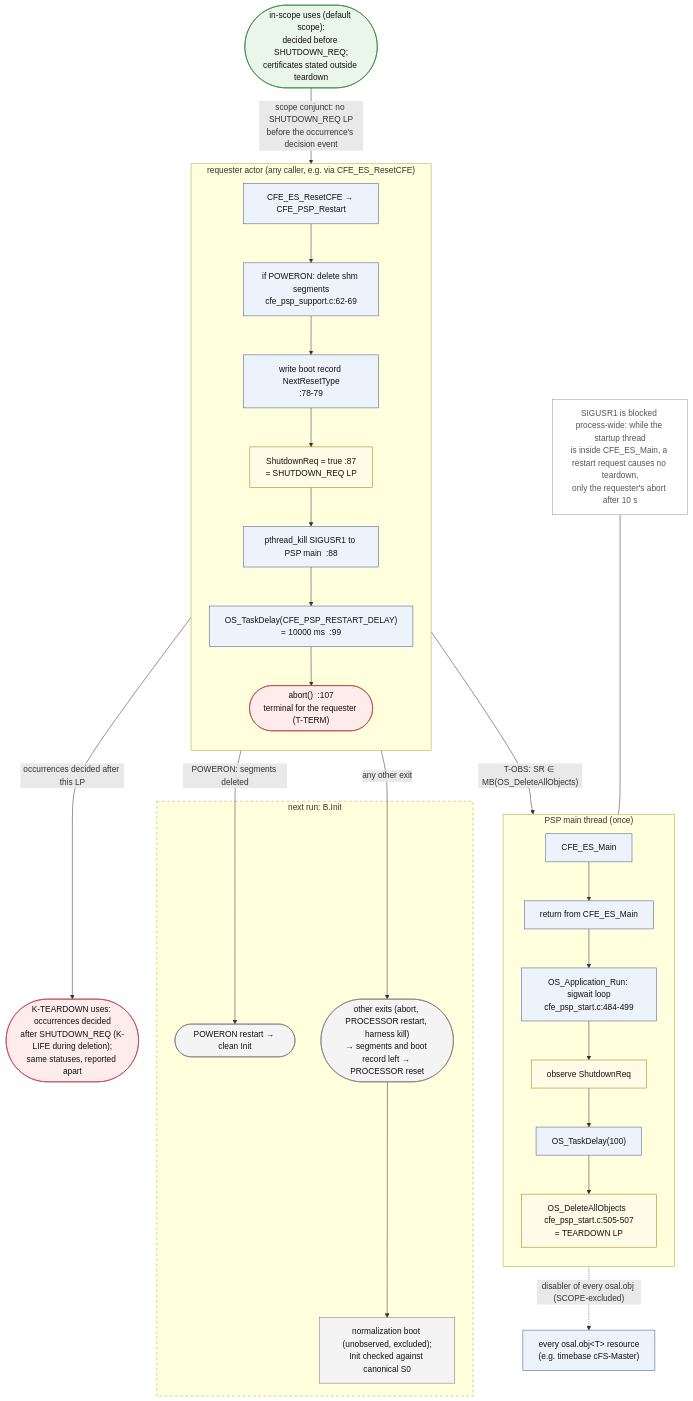
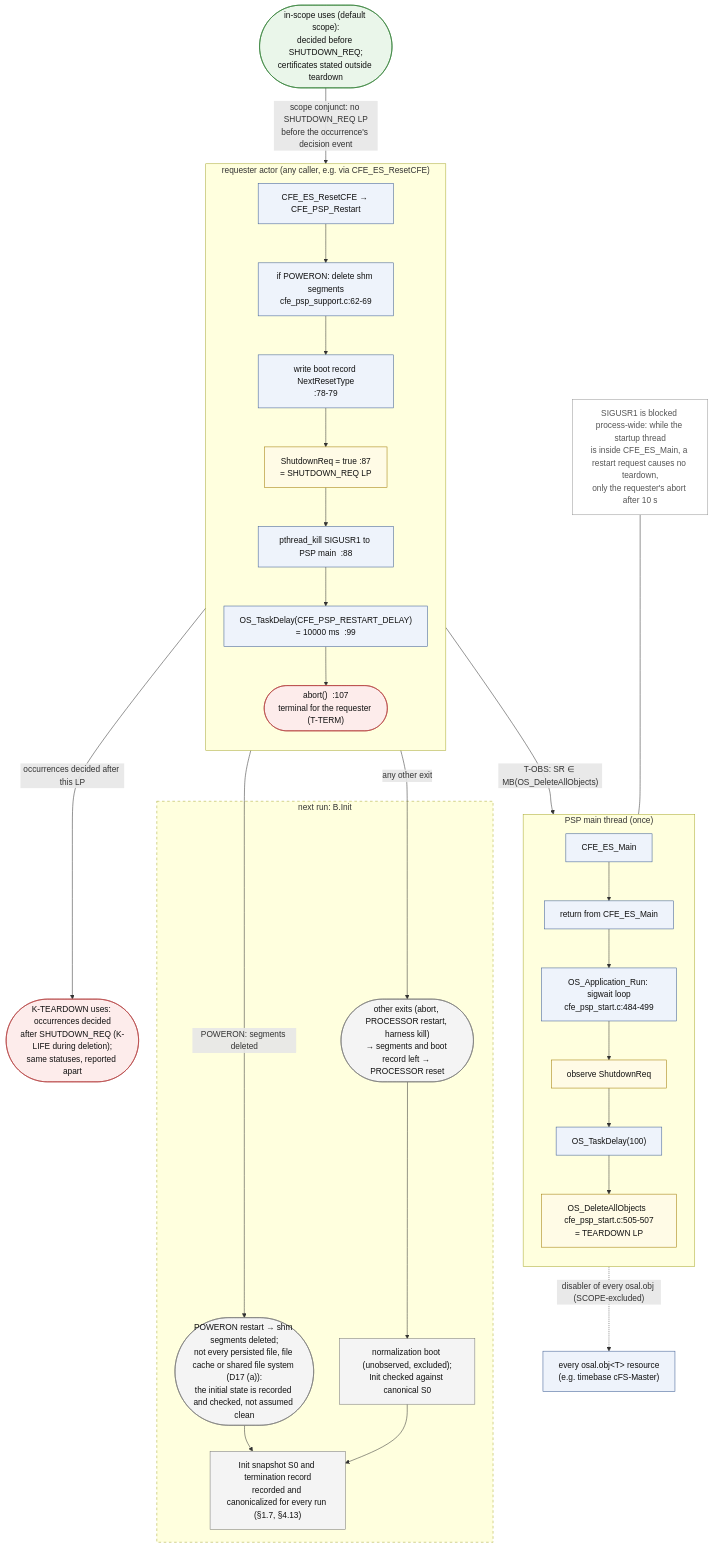
Before and after one commit to wookjaeya/Shape-Perf: the diagram in research/cfs_procrace/Architecture/diagrams/D9_teardown_scoping.mmd, drawn with Mermaid. The commit also changed 41 other files, not shown here.

First line of the commit message:
rev 1.3 diagrams: D0-D4, D6-D9 updated and re-rendered (mermaid-cli 11.17.0); diagrams README at rev 1.3; embedded figure blocks in 01-10 synced with the sources

```diff
--- a/research/cfs_procrace/Architecture/diagrams/D9_teardown_scoping.mmd
+++ b/research/cfs_procrace/Architecture/diagrams/D9_teardown_scoping.mmd
@@ -1,61 +1,64 @@
 flowchart TD
-    %% D9 - teardown scoping on pc-linux. Source: spec §12 D9; §3.5, §1.6 (scope), §4.5 (SCOPE), §4.13, App. A.7.
+    %% D9 - teardown scoping on pc-linux. Source: spec §12 D9 (rev 1.2: D17 (a)); §3.5, §1.6 (scope), §4.5 (SCOPE), §4.13, §6.4 item 49, App. A.7.
     %% Lines are in psp/fsw/pc-linux/src. In this diagram the dashed edge is the spec's "⇢" (disabler relation,
     %% SCOPE-excluded from in-scope certificates); the dashed border marks the next run.
 
     subgraph REQ["requester actor (any caller, e.g. via CFE_ES_ResetCFE)"]
         direction TB
         Q1["CFE_ES_ResetCFE → CFE_PSP_Restart"]
         Q2["if POWERON: delete shm segments<br/>cfe_psp_support.c:62-69"]
         Q3["write boot record NextResetType<br/>:78-79"]
         Q4["ShutdownReq = true  :87<br/>= SHUTDOWN_REQ LP"]
         Q5["pthread_kill SIGUSR1 to PSP main  :88"]
         Q6["OS_TaskDelay(CFE_PSP_RESTART_DELAY)<br/>= 10000 ms  :99"]
         Q7(["abort()  :107<br/>terminal for the requester (T-TERM)"])
         Q1 --> Q2 --> Q3 --> Q4 --> Q5 --> Q6 --> Q7
     end
 
     subgraph MAIN["PSP main thread (once)"]
         direction TB
         M1["CFE_ES_Main"]
         M2["return from CFE_ES_Main"]
         M3["OS_Application_Run: sigwait loop<br/>cfe_psp_start.c:484-499"]
         M4["observe ShutdownReq"]
         M5["OS_TaskDelay(100)"]
         M6["OS_DeleteAllObjects  cfe_psp_start.c:505-507<br/>= TEARDOWN LP"]
         M1 --> M2 --> M3 --> M4 --> M5 --> M6
     end
 
     OBJ["every osal.obj#60;T#62; resource<br/>(e.g. timebase cFS-Master)"]
     INS(["in-scope uses (default scope):<br/>decided before SHUTDOWN_REQ;<br/>certificates stated outside teardown"])
     KTD(["K-TEARDOWN uses: occurrences decided<br/>after SHUTDOWN_REQ (K-LIFE during deletion);<br/>same statuses, reported apart"])
     NOTE["SIGUSR1 is blocked process-wide: while the startup thread<br/>is inside CFE_ES_Main, a restart request causes no teardown,<br/>only the requester's abort after 10 s"]
 
     subgraph NEXT["next run: B.Init"]
-        N1(["POWERON restart → clean Init"])
+        N1(["POWERON restart → shm segments deleted;<br/>not every persisted file, file cache or shared file system (D17 (a)):<br/>the initial state is recorded and checked, not assumed clean"])
         N2(["other exits (abort, PROCESSOR restart, harness kill)<br/>→ segments and boot record left → PROCESSOR reset"])
         N3["normalization boot (unobserved, excluded);<br/>Init checked against canonical S0"]
+        N4["Init snapshot S0 and termination record<br/>recorded and canonicalized for every run (§1.7, §4.13)"]
         N2 --> N3
+        N1 --> N4
+        N3 --> N4
     end
 
     Q4 -->|"T-OBS: SR ∈ MB(OS_DeleteAllObjects)"| M4
     M6 -.->|"disabler of every osal.obj (SCOPE-excluded)"| OBJ
     Q4 -->|"occurrences decided after this LP"| KTD
     INS -->|"scope conjunct: no SHUTDOWN_REQ LP<br/>before the occurrence's decision event"| Q4
     Q2 -->|"POWERON: segments deleted"| N1
     Q7 -->|"any other exit"| N2
     NOTE --- M2
 
     classDef comp fill:#eef3fb,stroke:#3b5b92,color:#111
     classDef key fill:#fffbe6,stroke:#a07a00,color:#111
     classDef term fill:#fdeceb,stroke:#b23b3b,color:#111
     classDef ok fill:#eaf6ea,stroke:#2e7d32,color:#111
     classDef note fill:#ffffff,stroke:#999,color:#555
     classDef next fill:#f4f4f4,stroke:#777,color:#111
     class Q1,Q2,Q3,Q5,Q6,M1,M2,M3,M5,OBJ comp
     class Q4,M4,M6 key
     class Q7,KTD term
     class INS ok
     class NOTE note
-    class N1,N2,N3 next
+    class N1,N2,N3,N4 next
     style NEXT stroke-dasharray:5 5
```
